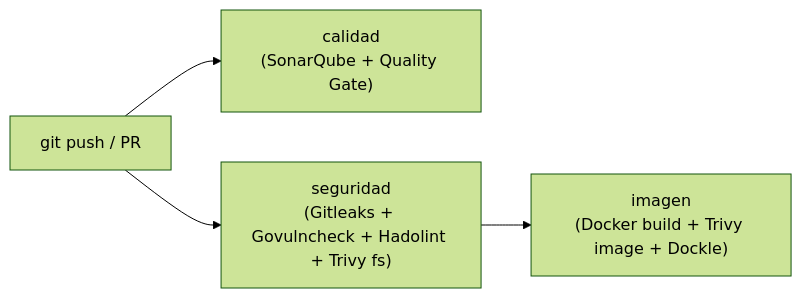
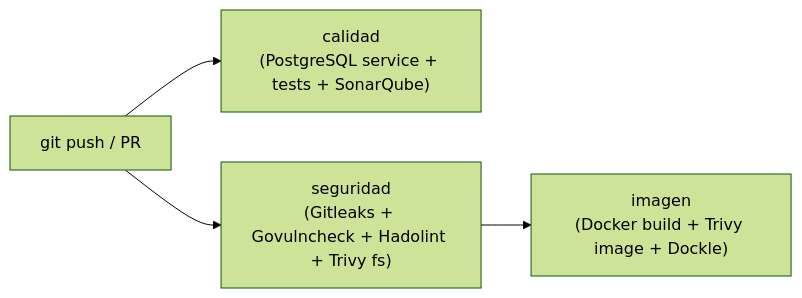
One commit to benbuselola/ejemplo-pingeso changed the diagram in README.md. Above: the diagram before and after it, drawn with Mermaid (forest theme). The commit also changed other lines of this file and 1 other file, not shown here.

````diff
--- a/README.md
+++ b/README.md
@@ -64,6 +114,6 @@
 ```mermaid
 flowchart LR
-    A["git push / PR"] --> B["calidad\n(SonarQube + Quality Gate)"]
+    A["git push / PR"] --> B["calidad\n(PostgreSQL service + tests + SonarQube)"]
     A --> C["seguridad\n(Gitleaks + Govulncheck + Hadolint + Trivy fs)"]
     C --> D["imagen\n(Docker build + Trivy image + Dockle)"]
 ```
````
